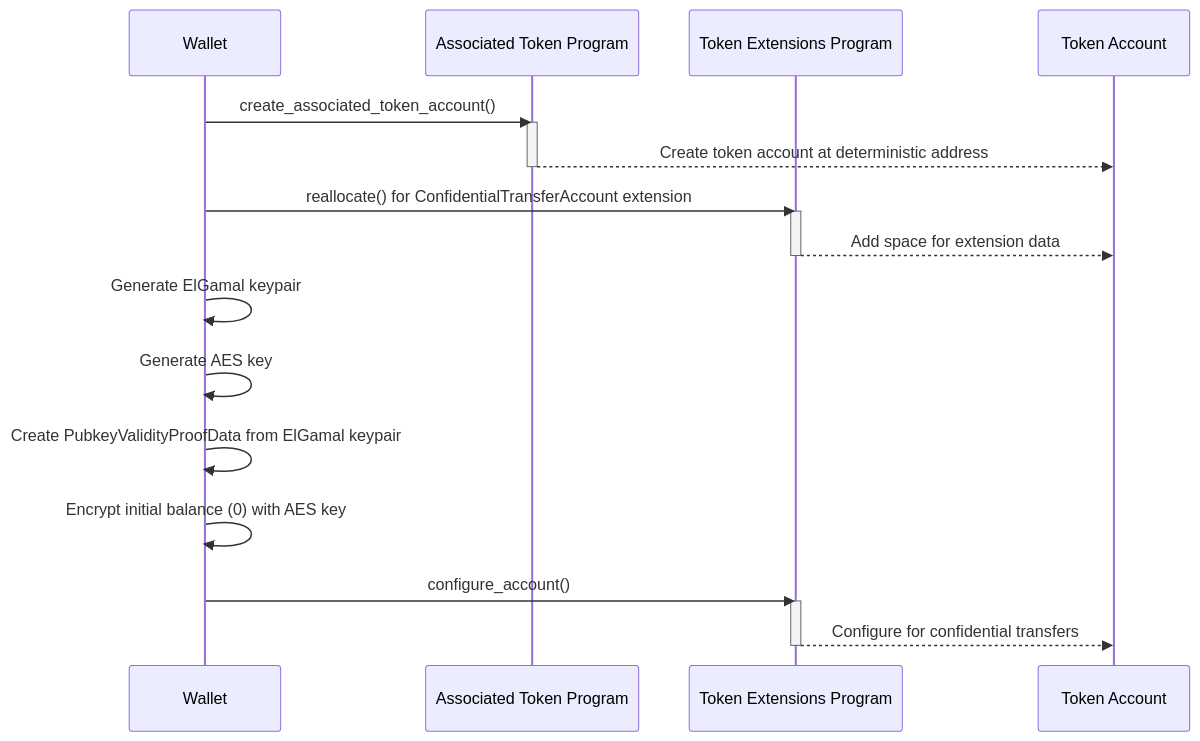
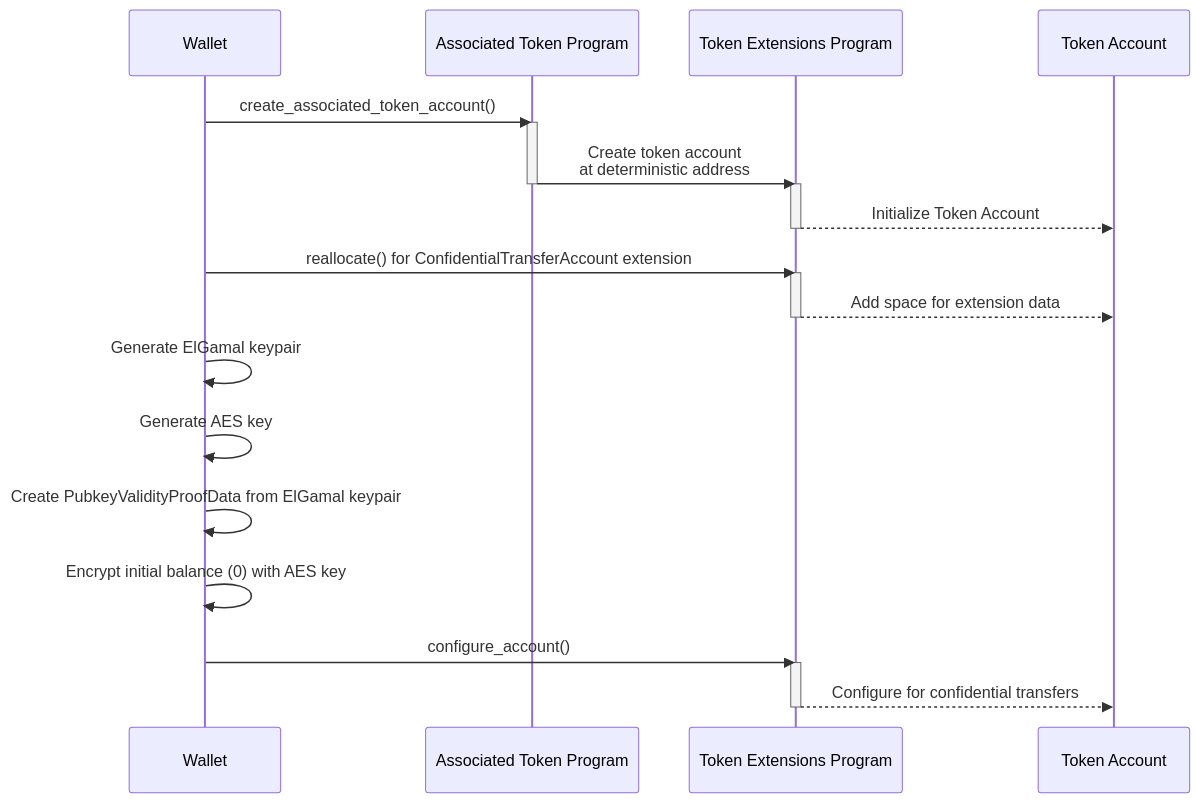
One commit to solana-foundation/solana-com changed the diagram in content/docs/tokens/extensions/confidential-transfer/create-token-account.mdx. Above: the diagram before and after it, drawn with Mermaid. The commit also changed other lines of this file and 6 other files, not shown here.

````diff
--- a/content/docs/tokens/extensions/confidential-transfer/create-token-account.mdx
+++ b/content/docs/tokens/extensions/confidential-transfer/create-token-account.mdx
@@ -16,27 +16,30 @@
 ```mermaid title="Create Token Account with Confidential Transfer Extension"
 sequenceDiagram
     participant Payer as Wallet
     participant ATA as Associated Token Program
     participant Token22 as Token Extensions Program
     participant TokenAccount as Token Account
 
     Payer->>ATA: create_associated_token_account()
     activate ATA
-    ATA-->>TokenAccount: Create token account at deterministic address
+    ATA->>Token22: Create token account <br> at deterministic address
     deactivate ATA
+    activate Token22
+    Token22-->>TokenAccount: Initialize Token Account
+    deactivate Token22
 
     Payer->>Token22: reallocate() for ConfidentialTransferAccount extension
     activate Token22
     Token22-->>TokenAccount: Add space for extension data
     deactivate Token22
 
     Payer->>Payer: Generate ElGamal keypair
     Payer->>Payer: Generate AES key
     Payer->>Payer: Create PubkeyValidityProofData from ElGamal keypair
     Payer->>Payer: Encrypt initial balance (0) with AES key
 
     Payer->>Token22: configure_account()
     activate Token22
     Token22-->>TokenAccount: Configure for confidential transfers
     deactivate Token22
 ```
````
